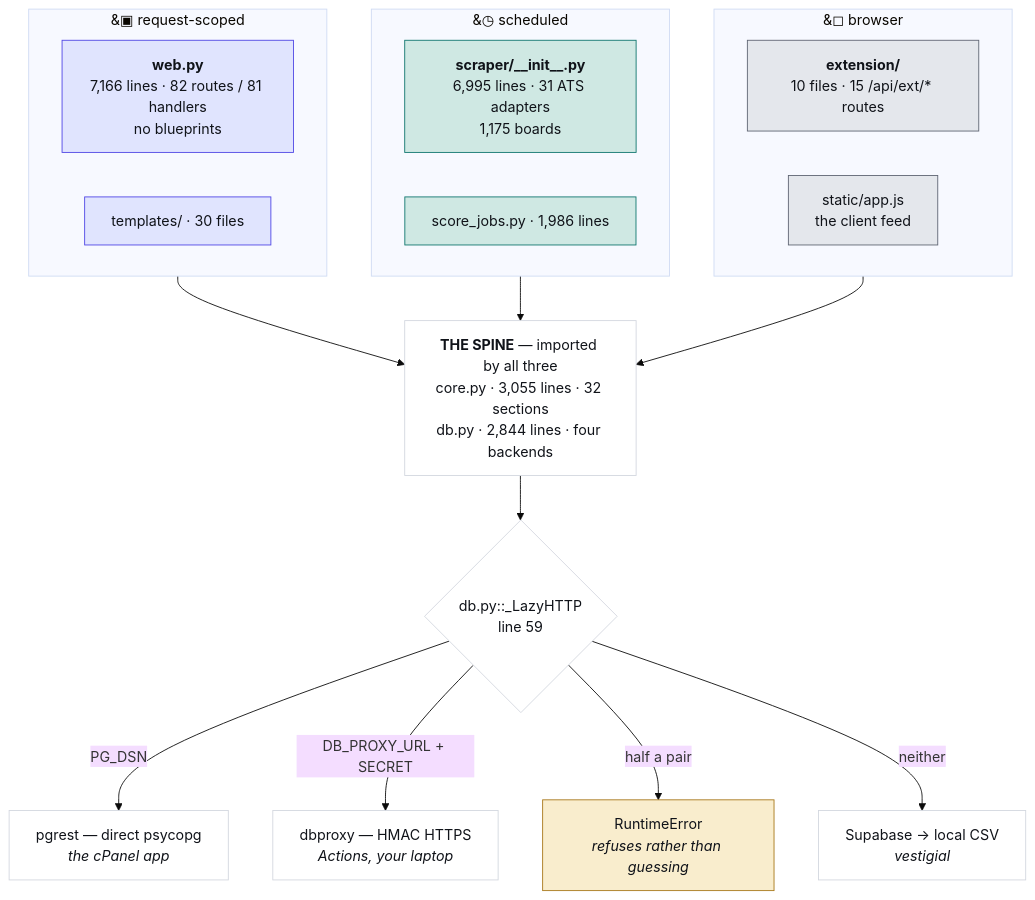
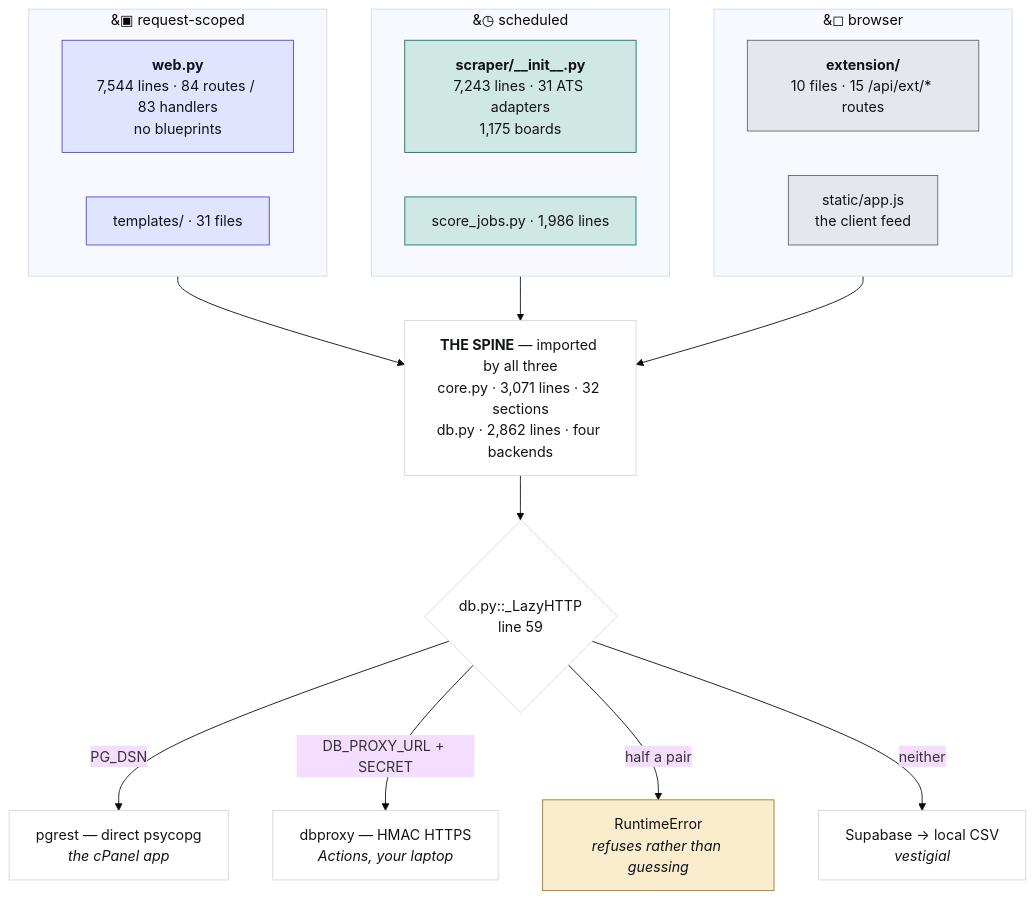
Before and after one commit to hadakunal909-debug/job-search-tool: the first of 4 diagrams in JobMatch Scraper/docs/ARCHITECTURE.md, drawn with Mermaid (base theme). The commit also changed other lines of this file and 6 other files, not shown here.

First line of the commit message:
docs: regenerate the index, map and architecture for this round

````diff
--- a/JobMatch Scraper/docs/ARCHITECTURE.md
+++ b/JobMatch Scraper/docs/ARCHITECTURE.md
@@ -45,34 +45,34 @@
 ```mermaid
 flowchart TB
   subgraph REQ["&#9635; request-scoped"]
-    W["<b>web.py</b><br/>7,166 lines · 82 routes / 81 handlers<br/>no blueprints"]
-    T["templates/ · 30 files"]
+    W["<b>web.py</b><br/>7,544 lines · 84 routes / 83 handlers<br/>no blueprints"]
+    T["templates/ · 31 files"]
   end
   subgraph SCH["&#9719; scheduled"]
-    S["<b>scraper/__init__.py</b><br/>6,995 lines · 31 ATS adapters<br/>1,175 boards"]
+    S["<b>scraper/__init__.py</b><br/>7,243 lines · 31 ATS adapters<br/>1,175 boards"]
     J["score_jobs.py · 1,986 lines"]
   end
   subgraph CLI["&#9723; browser"]
     E["<b>extension/</b><br/>10 files · 15 /api/ext/* routes"]
     A["static/app.js<br/>the client feed"]
   end
-  SPINE["<b>THE SPINE</b> — imported by all three<br/>core.py · 3,055 lines · 32 sections<br/>db.py · 2,844 lines · four backends"]
+  SPINE["<b>THE SPINE</b> — imported by all three<br/>core.py · 3,071 lines · 32 sections<br/>db.py · 2,862 lines · four backends"]
   REQ --> SPINE
   SCH --> SPINE
   CLI --> SPINE
   SPINE --> D{"db.py::_LazyHTTP<br/>line 59"}
   D -->|"PG_DSN"| P["pgrest — direct psycopg<br/><i>the cPanel app</i>"]
   D -->|"DB_PROXY_URL + SECRET"| X["dbproxy — HMAC HTTPS<br/><i>Actions, your laptop</i>"]
   D -->|"half a pair"| R["RuntimeError<br/><i>refuses rather than guessing</i>"]
   D -->|"neither"| V["Supabase → local CSV<br/><i>vestigial</i>"]
   classDef web fill:#e0e4fe,stroke:#4f46e5,color:#101319
   classDef sched fill:#cfe8e3,stroke:#0f766e,color:#101319
   classDef client fill:#e4e7ec,stroke:#5f6573,color:#101319
   classDef trap fill:#f9edcd,stroke:#a8781a,color:#101319
   classDef plain fill:#ffffff,stroke:#d3d7df,color:#101319
   class W,T web
   class S,J sched
   class E,A client
   class R trap
   class SPINE,D,P,X,V plain
 ```
````
